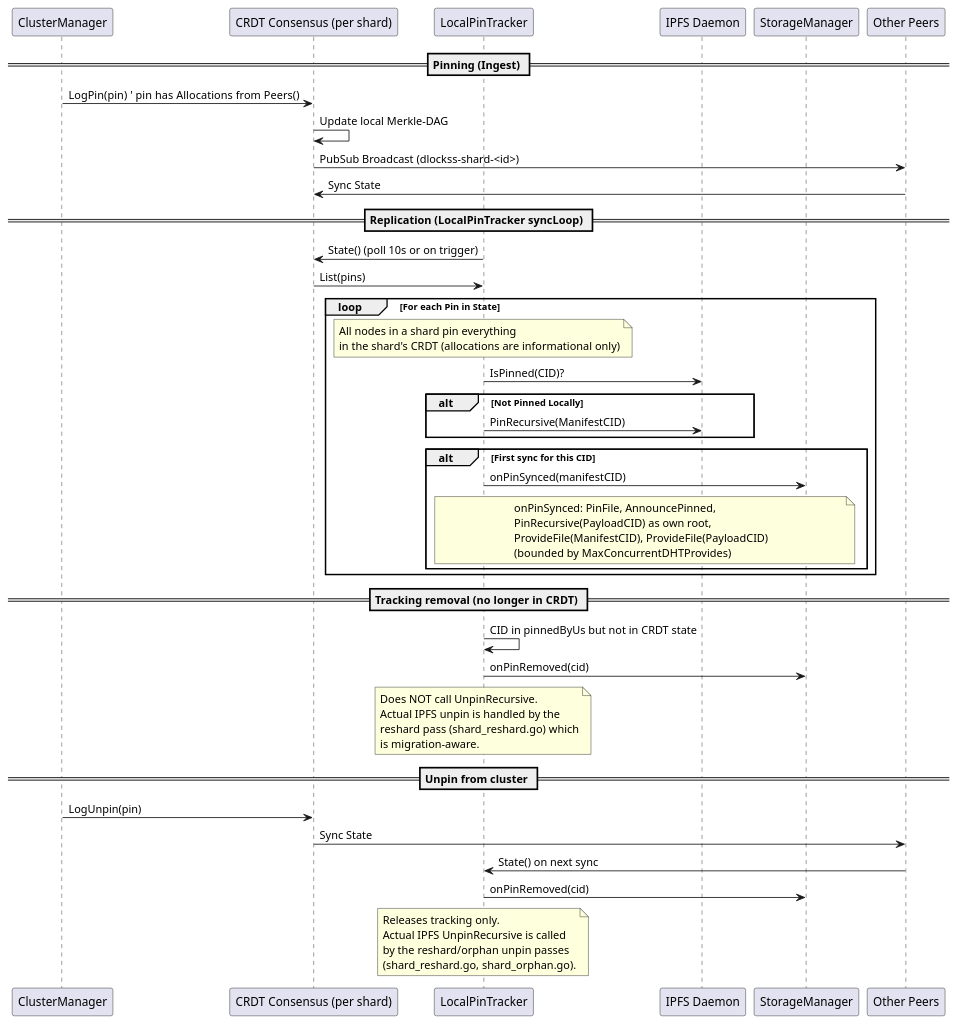
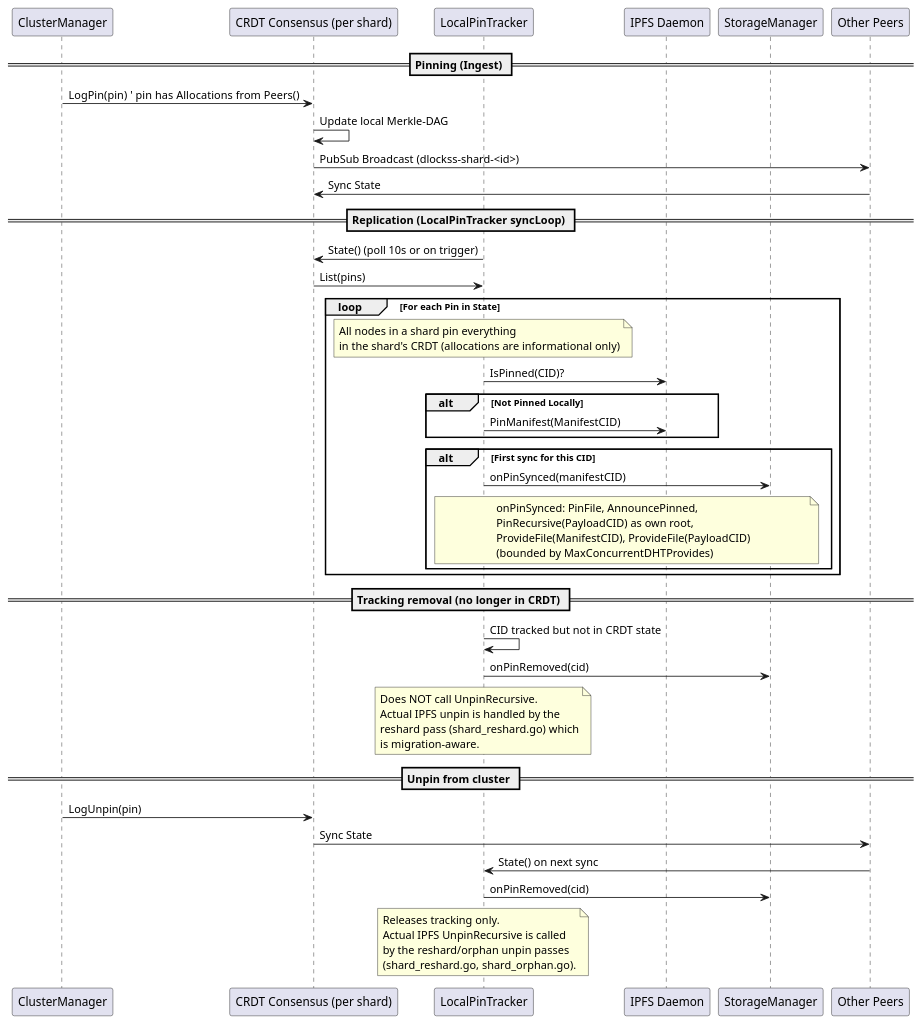
Before and after one commit to gipplab/D-LOCKSS: the diagram in docs/replication_check_sequence.puml, drawn with PlantUML. The commit also changed 89 other files, not shown here.

```diff
--- a/docs/replication_check_sequence.puml
+++ b/docs/replication_check_sequence.puml
@@ -1,48 +1,48 @@
 @startuml Cluster State Sync Sequence
 
 participant "ClusterManager" as ClusterMgr
 participant "CRDT Consensus (per shard)" as CRDT
 participant "LocalPinTracker" as PinTracker
 participant "IPFS Daemon" as IPFS
 participant "StorageManager" as Storage
 participant "Other Peers" as Peers
 
 == Pinning (Ingest) ==
 
 ClusterMgr -> CRDT: LogPin(pin)  ' pin has Allocations from Peers()
 CRDT -> CRDT: Update local Merkle-DAG
 CRDT -> Peers: PubSub Broadcast (dlockss-shard-<id>)
 Peers -> CRDT: Sync State
 
 == Replication (LocalPinTracker syncLoop) ==
 
 PinTracker -> CRDT: State() (poll 10s or on trigger)
 CRDT -> PinTracker: List(pins)
 
 loop For each Pin in State
     Note over PinTracker: All nodes in a shard pin everything\nin the shard's CRDT (allocations are informational only)
     PinTracker -> IPFS: IsPinned(CID)?
     alt Not Pinned Locally
-        PinTracker -> IPFS: PinRecursive(ManifestCID)
+        PinTracker -> IPFS: PinManifest(ManifestCID)
     end
     alt First sync for this CID
         PinTracker -> Storage: onPinSynced(manifestCID)
         Note over PinTracker, Storage: onPinSynced: PinFile, AnnouncePinned,\nPinRecursive(PayloadCID) as own root,\nProvideFile(ManifestCID), ProvideFile(PayloadCID)\n(bounded by MaxConcurrentDHTProvides)
     end
 end
 
 == Tracking removal (no longer in CRDT) ==
 
-PinTracker -> PinTracker: CID in pinnedByUs but not in CRDT state
+PinTracker -> PinTracker: CID tracked but not in CRDT state
 PinTracker -> Storage: onPinRemoved(cid)
 Note over PinTracker: Does NOT call UnpinRecursive.\nActual IPFS unpin is handled by the\nreshard pass (shard_reshard.go) which\nis migration-aware.
 
 == Unpin from cluster ==
 
 ClusterMgr -> CRDT: LogUnpin(pin)
 CRDT -> Peers: Sync State
 Peers -> PinTracker: State() on next sync
 PinTracker -> Storage: onPinRemoved(cid)
 Note over PinTracker: Releases tracking only.\nActual IPFS UnpinRecursive is called\nby the reshard/orphan unpin passes\n(shard_reshard.go, shard_orphan.go).
 
 @enduml
```
